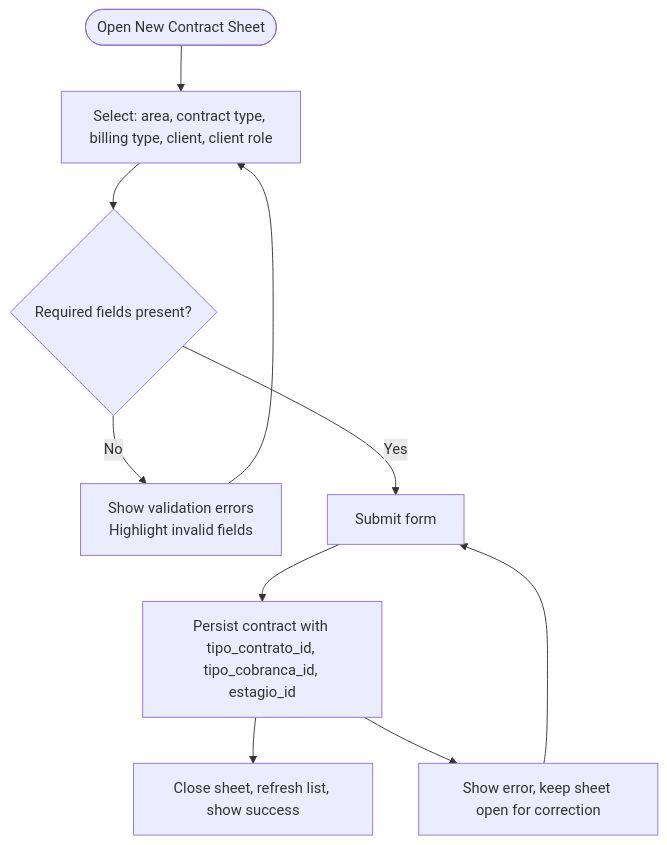
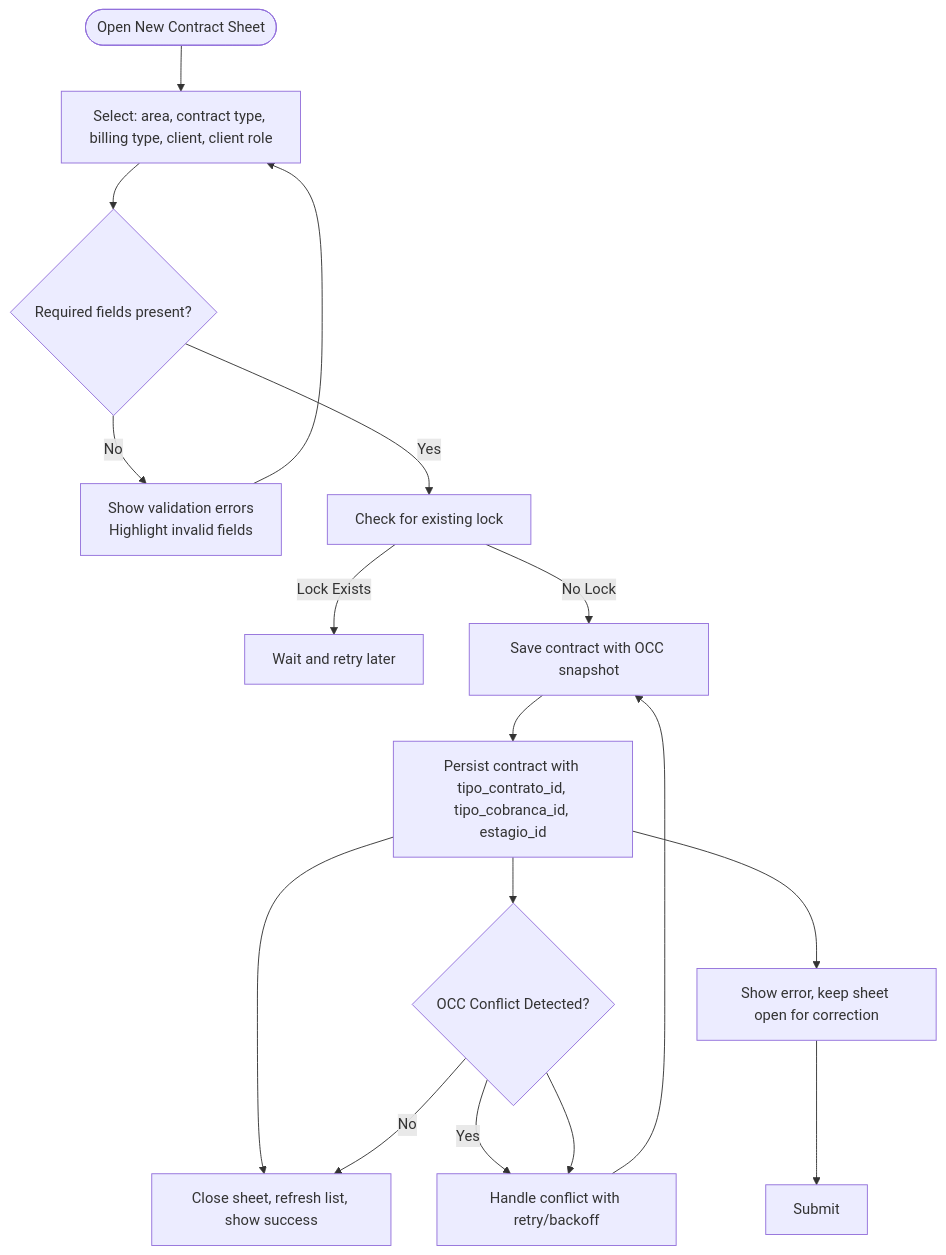
The ninth of 14 diagrams in .qoder/repowiki/en/content/Contract Management System/Contract Management System.md (SinesysTech/zattar-os), drawn with Mermaid before and after one commit. The commit also changed other lines of this file and 14 other files, not shown here.

````diff
--- a/.qoder/repowiki/en/content/Contract Management System/Contract Management System.md
+++ b/.qoder/repowiki/en/content/Contract Management System/Contract Management System.md
@@ -342,12 +526,19 @@
 ```mermaid
 flowchart TD
 Start(["Open New Contract Sheet"]) --> Fields["Select: area, contract type, billing type, client, client role"]
 Fields --> Validate{"Required fields present?"}
 Validate --> |No| ShowErrors["Show validation errors<br/>Highlight invalid fields"]
 ShowErrors --> Fields
-Validate --> |Yes| Submit["Submit form"]
-Submit --> Persist["Persist contract with tipo_contrato_id, tipo_cobranca_id, estagio_id"]
+Validate --> |Yes| CheckLock["Check for existing lock"]
+CheckLock --> |Lock Exists| WaitRetry["Wait and retry later"]
+CheckLock --> |No Lock| Save["Save contract with OCC snapshot"]
+Save --> Persist["Persist contract with tipo_contrato_id, tipo_cobranca_id, estagio_id"]
 Persist --> Success["Close sheet, refresh list, show success"]
+Persist --> Conflict{"OCC Conflict Detected?"}
+Conflict --> |Yes| HandleConflict["Handle conflict with retry/backoff"]
+Conflict --> |No| Success
+Conflict --> HandleConflict
+HandleConflict --> Save
 Persist --> Error["Show error, keep sheet open for correction"]
 Error --> Submit
 ```
````
